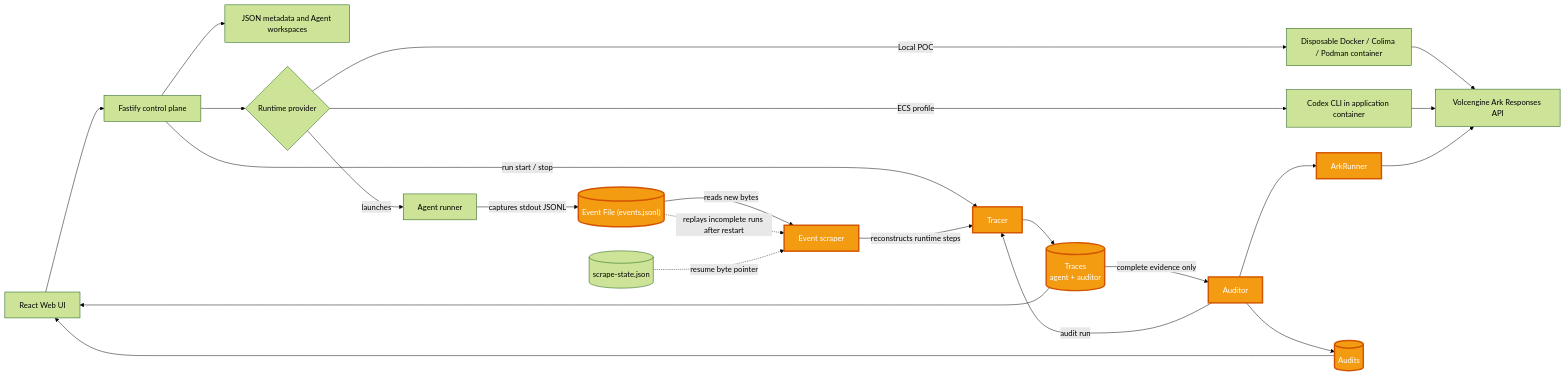
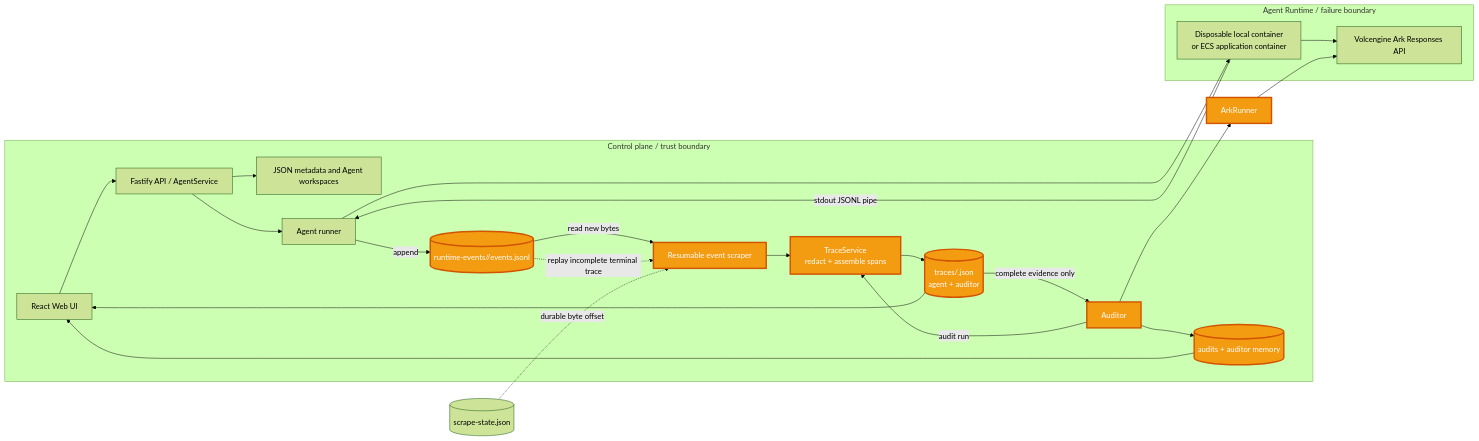
One commit to Not-jovan/Monkey changed the first of 3 diagrams in README.md. Above: the diagram before and after it, drawn with Mermaid (forest theme). The commit also changed other lines of this file and 5 other files, not shown here.

````diff
--- a/README.md
+++ b/README.md
@@ -12,33 +14,36 @@
 ```mermaid
 flowchart LR
-    UI["React Web UI"] --> API["Fastify control plane"]
-    API --> Store["JSON metadata and Agent workspaces"]
-    API --> Runtime{"Runtime provider"}
-    Runtime -->|Local POC| Container["Disposable Docker / Colima / Podman container"]
-    Runtime -->|ECS profile| Codex["Codex CLI in application container"]
-    Container --> Ark["Volcengine Ark Responses API"]
-    Codex --> Ark
-    API -->|run start / stop| Tracer["Tracer"]
-    Runtime -->|launches| Runner["Agent runner"]
-    Runner -->|captures stdout JSONL| EventFile[("Event File (events.jsonl)")]
-    EventFile -->|reads new bytes| Scraper["Event scraper"]
-    EventFile -.->|replays incomplete runs after restart| Scraper
-    ScrapeState[("scrape-state.json")] -.->|resume byte pointer| Scraper
-    Scraper -->|reconstructs runtime steps| Tracer["Tracer"]
-    Tracer --> Traces[("Traces\nagent + auditor")]
-    Traces -->|complete evidence only| Auditor["Auditor"]
+    subgraph Control["Control plane / trust boundary"]
+        UI["React Web UI"] --> API["Fastify API / AgentService"]
+        API --> Store["JSON metadata and Agent workspaces"]
+        API --> Runner["Agent runner"]
+        Runner -->|append| EventFile[("runtime-events/<runId>/events.jsonl")]
+        Scraper["Resumable event scraper"] --> Tracer["TraceService\nredact + assemble spans"]
+        Tracer --> Traces[("traces/<traceId>.json\nagent + auditor")]
+        Traces -->|complete evidence only| Auditor["Auditor"]
+        Auditor --> Audits[("audits + auditor memory")]
+        Traces --> UI
+        Audits --> UI
+    end
+
+    subgraph RuntimeBoundary["Agent Runtime / failure boundary"]
+        Runner --> Container["Disposable local container\nor ECS application container"]
+        Container --> Ark["Volcengine Ark Responses API"]
+        Container -->|stdout JSONL pipe| Runner
+    end
+
+    EventFile -->|read new bytes| Scraper
+    EventFile -.->|replay incomplete terminal trace| Scraper
+    ScrapeState[("scrape-state.json")] -.->|durable byte offset| Scraper
     Auditor --> ArkRunner["ArkRunner"]
     ArkRunner --> Ark
     Auditor -->|audit run| Tracer
-    Auditor --> Audits[("Audits")]
-    Traces --> UI
-    Audits --> UI
 
     style EventFile fill:#f39c12,stroke:#d35400,stroke-width:3px,color:#ffffff
     style Scraper fill:#f39c12,stroke:#d35400,stroke-width:3px,color:#ffffff
     style Tracer fill:#f39c12,stroke:#d35400,stroke-width:3px,color:#ffffff
     style Traces fill:#f39c12,stroke:#d35400,stroke-width:3px,color:#ffffff
     style Auditor fill:#f39c12,stroke:#d35400,stroke-width:3px,color:#ffffff
     style ArkRunner fill:#f39c12,stroke:#d35400,stroke-width:3px,color:#ffffff
     style Audits fill:#f39c12,stroke:#d35400,stroke-width:3px,color:#ffffff
 ```
````
